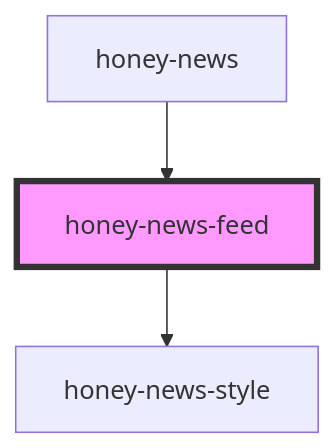
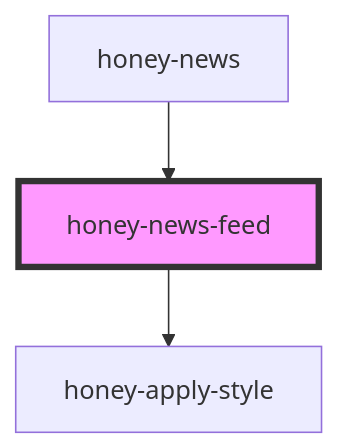
One commit to Huluvu424242/honey-news changed the diagram in src/components/honey-news/news/readme.md. Above: the diagram before and after it, drawn with Mermaid. The commit also changed other lines of this file and 23 other files, not shown here.

````diff
--- a/src/components/honey-news/news/readme.md
+++ b/src/components/honey-news/news/readme.md
@@ -40,6 +40,6 @@
 ```mermaid
 graph TD;
-  honey-news-feed --> honey-news-style
+  honey-news-feed --> honey-apply-style
   honey-news --> honey-news-feed
   style honey-news-feed fill:#f9f,stroke:#333,stroke-width:4px
 ```
````
